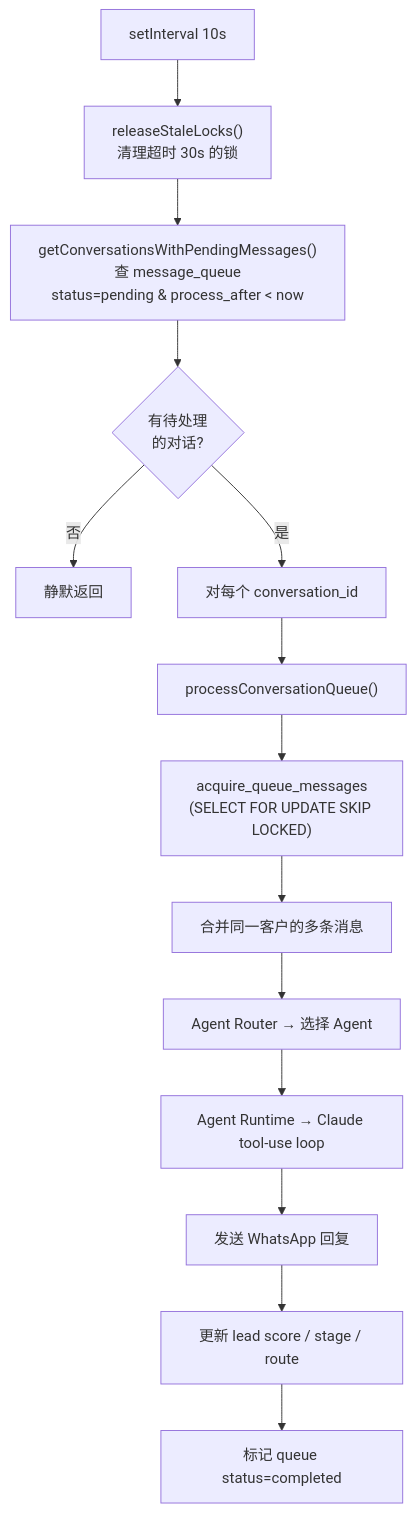
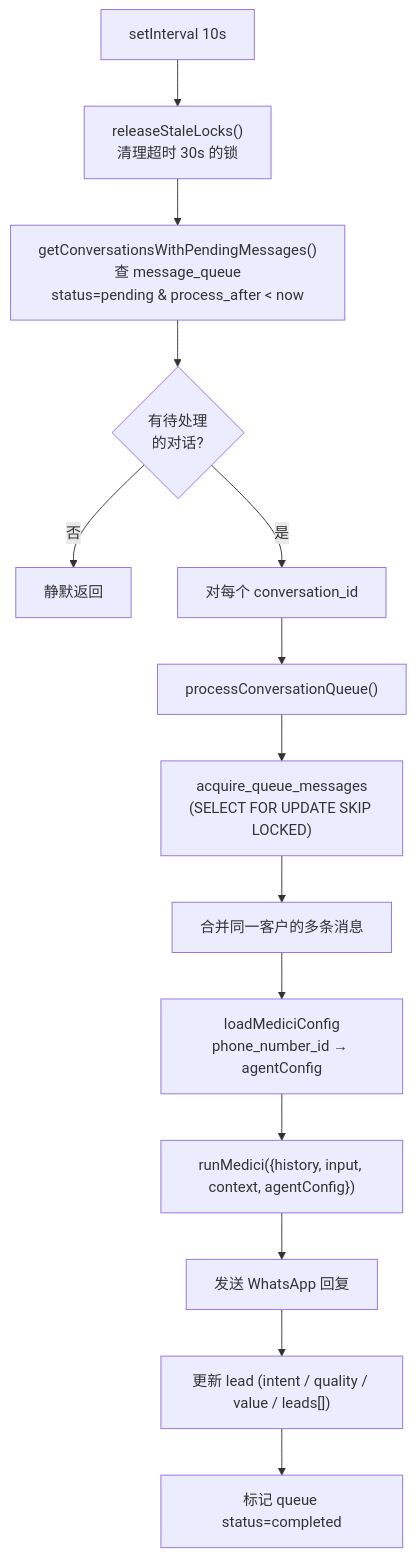
One commit to Sciiaok/xuqiu-bot changed the tenth of 12 diagrams in README.md. Above: the diagram before and after it, drawn with Mermaid. The commit also changed other lines of this file and 124 other files, not shown here.

````diff
--- a/README.md
+++ b/README.md
@@ -617,16 +653,16 @@
 ```mermaid
 flowchart TD
     A["setInterval 10s"] --> B["releaseStaleLocks()<br/>清理超时 30s 的锁"]
     B --> C["getConversationsWithPendingMessages()<br/>查 message_queue<br/>status=pending & process_after < now"]
     C --> D{"有待处理<br/>的对话?"}
     D -->|否| Done["静默返回"]
     D -->|是| E["对每个 conversation_id"]
     E --> F["processConversationQueue()"]
     F --> F1["acquire_queue_messages<br/>(SELECT FOR UPDATE SKIP LOCKED)"]
     F1 --> F2["合并同一客户的多条消息"]
-    F2 --> F3["Agent Router → 选择 Agent"]
-    F3 --> F4["Agent Runtime → Claude tool-use loop"]
+    F2 --> F3["loadMediciConfig<br/>phone_number_id → agentConfig"]
+    F3 --> F4["runMedici({history, input, context, agentConfig})"]
     F4 --> F5["发送 WhatsApp 回复"]
-    F5 --> F6["更新 lead score / stage / route"]
+    F5 --> F6["更新 lead (intent / quality / value / leads[])"]
     F6 --> F7["标记 queue status=completed"]
 ```
````
